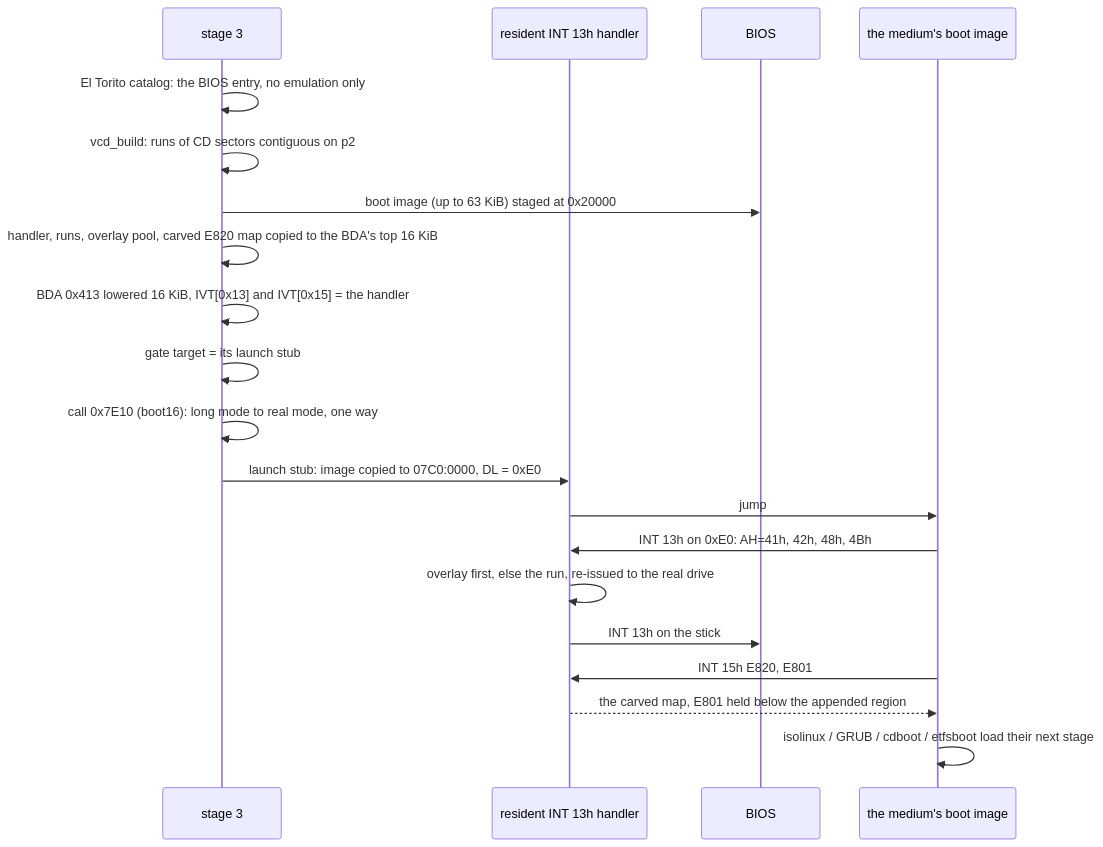
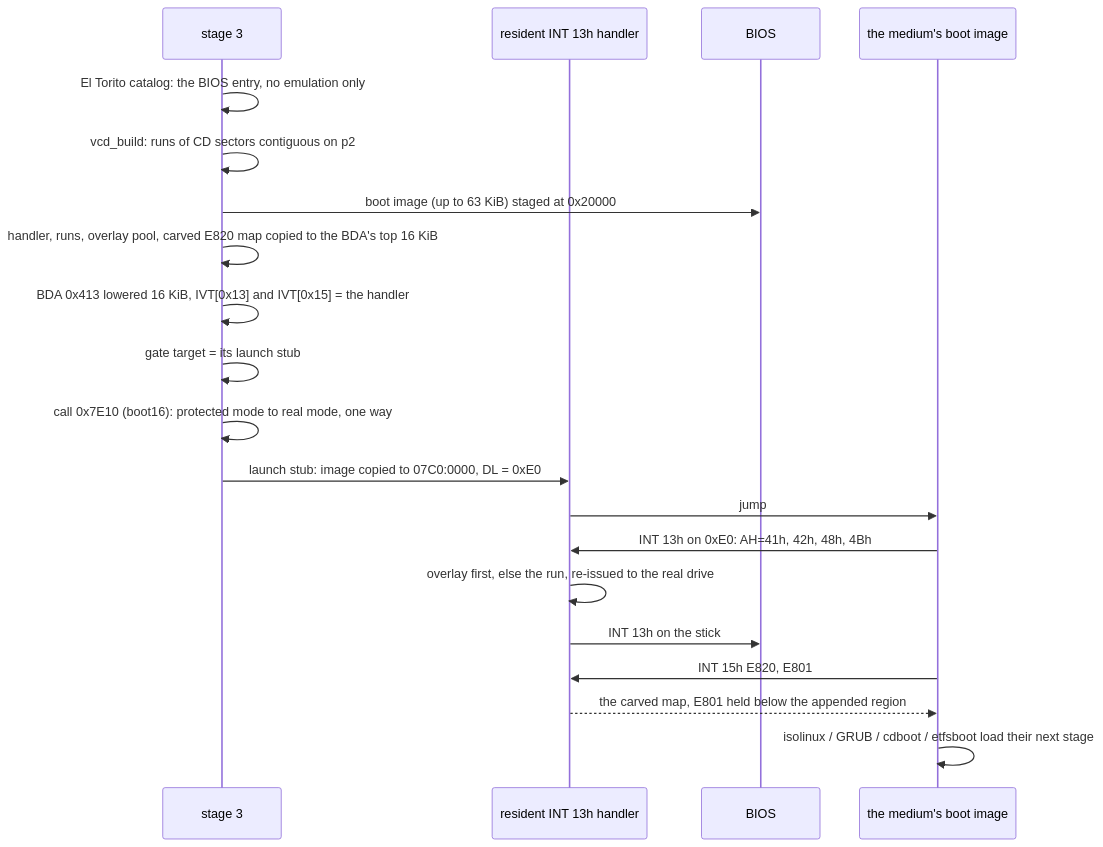
One commit to vifair22/falcon-boot changed diagram 18 of 22 in docs/DESIGN.md. Above: the diagram before and after it, drawn with Mermaid. The commit also changed other lines of this file and 3 other files, not shown here.

````diff
--- a/docs/DESIGN.md
+++ b/docs/DESIGN.md
@@ -3097,22 +3122,22 @@
 ```mermaid
 sequenceDiagram
     participant L as stage 3
     participant R as resident INT 13h handler
     participant B as BIOS
     participant P as the medium's boot image
     L->>L: El Torito catalog: the BIOS entry, no emulation only
     L->>L: vcd_build: runs of CD sectors contiguous on p2
     L->>B: boot image (up to 63 KiB) staged at 0x20000
     L->>L: handler, runs, overlay pool, carved E820 map copied to the BDA's top 16 KiB
     L->>L: BDA 0x413 lowered 16 KiB, IVT[0x13] and IVT[0x15] = the handler
     L->>L: gate target = its launch stub
-    L->>L: call 0x7E10 (boot16): long mode to real mode, one way
+    L->>L: call 0x7E10 (boot16): protected mode to real mode, one way
     L->>R: launch stub: image copied to 07C0:0000, DL = 0xE0
     R->>P: jump
     P->>R: INT 13h on 0xE0: AH=41h, 42h, 48h, 4Bh
     R->>R: overlay first, else the run, re-issued to the real drive
     R->>B: INT 13h on the stick
     P->>R: INT 15h E820, E801
     R-->>P: the carved map, E801 held below the appended region
     P->>P: isolinux / GRUB / cdboot / etfsboot load their next stage
 ```
````
